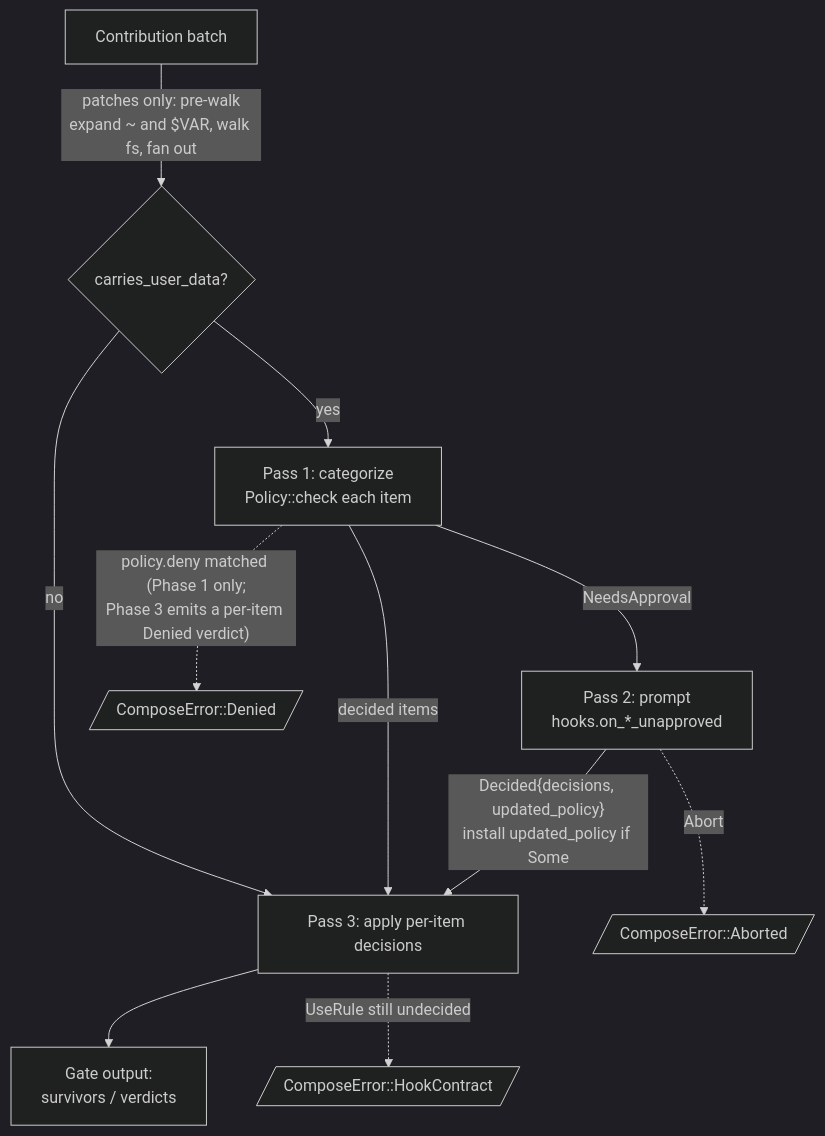
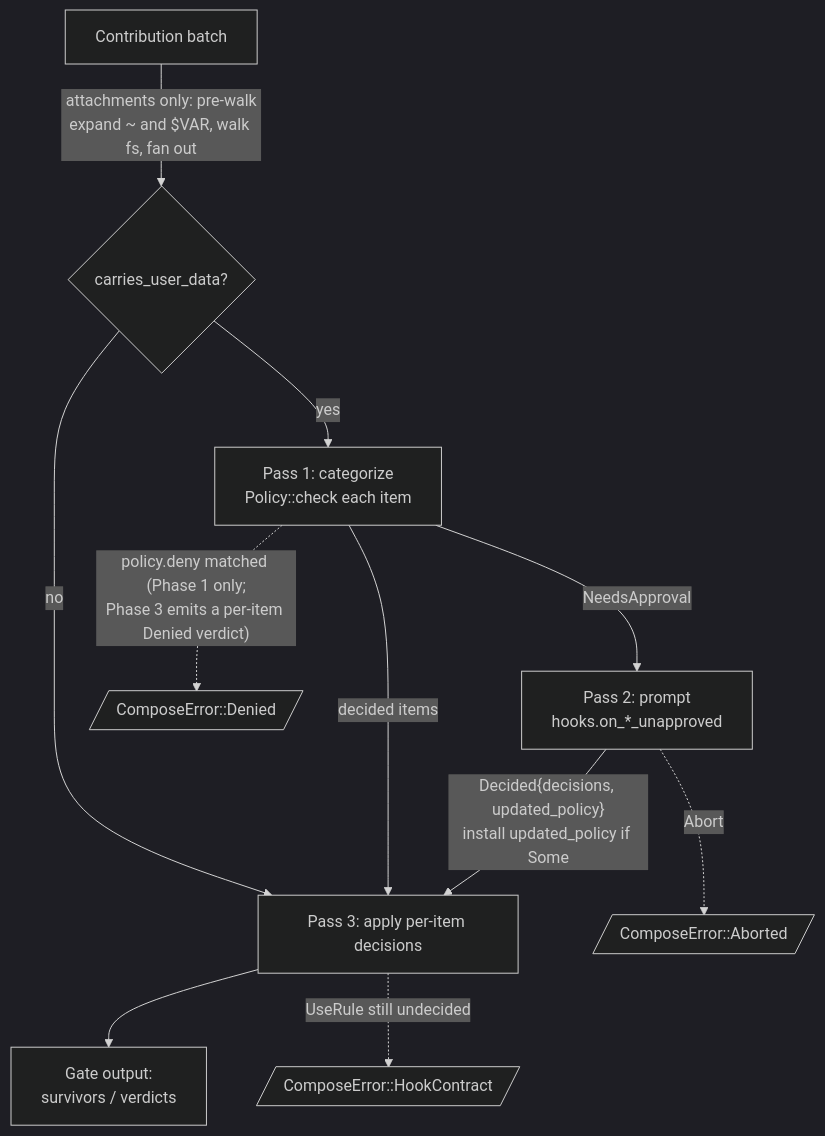
One commit to evanspearman/minimal changed the second of 2 diagrams in crates/boxes/docs/COMPOSITION.md. Above: the diagram before and after it, drawn with Mermaid (dark theme). The commit also changed other lines of this file and 11 other files, not shown here.

First line of the commit message:
docs: call loadout and project patches attachments

````diff
--- a/crates/boxes/docs/COMPOSITION.md
+++ b/crates/boxes/docs/COMPOSITION.md
@@ -457,27 +457,27 @@
 ```mermaid
 flowchart TD
     C[Contribution batch]
     S{carries_user_data?}
     P1[Pass 1: categorize<br/>Policy::check each item]
     P2[Pass 2: prompt<br/>hooks.on_*_unapproved]
     P3[Pass 3: apply per-item decisions]
     Out[Gate output:<br/>survivors / verdicts]
 
     AE[/ComposeError::Aborted/]
     DE[/ComposeError::Denied/]
     HC[/ComposeError::HookContract/]
 
-    C -->|"patches only: pre-walk<br/>expand ~ and $VAR, walk fs, fan out"| S
+    C -->|"attachments only: pre-walk<br/>expand ~ and $VAR, walk fs, fan out"| S
     S -->|no| P3
     S -->|yes| P1
 
     P1 -->|NeedsApproval| P2
     P1 -->|decided items| P3
     P1 -.->|"policy.deny matched (Phase 1 only;<br/>Phase 3 emits a per-item Denied verdict)"| DE
 
     P2 -->|"Decided{decisions, updated_policy}<br/>install updated_policy if Some"| P3
     P2 -.->|Abort| AE
 
     P3 --> Out
     P3 -.->|"UseRule still undecided"| HC
 ```
````
